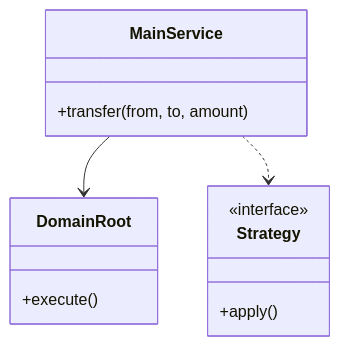
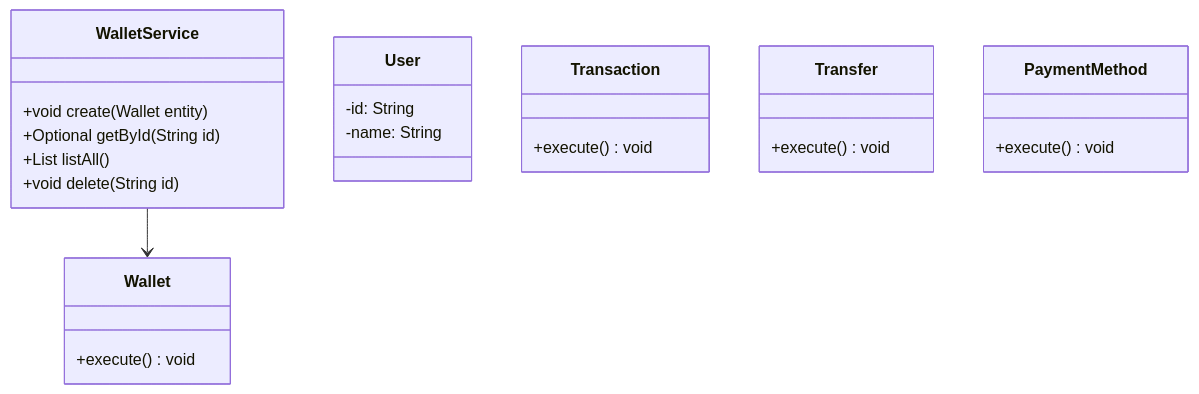
The first of 3 diagrams in Learn/System Design - Low Level Design/02-classic-ood/questions/Q60-digital-wallet.md (madhupaila/Interview-Prep-SSE), drawn with Mermaid before and after one commit. The commit also changed other lines of this file and 491 other files, not shown here.

````diff
--- a/Learn/System Design - Low Level Design/02-classic-ood/questions/Q60-digital-wallet.md
+++ b/Learn/System Design - Low Level Design/02-classic-ood/questions/Q60-digital-wallet.md
@@ -74,15 +92,26 @@
 ```mermaid
 classDiagram
-    class MainService {
-        +transfer(from, to, amount)
+    class WalletService {
+        +void create(Wallet entity)
+        +Optional<Wallet> getById(String id)
+        +List<Wallet> listAll()
+        +void delete(String id)
     }
-    class DomainRoot {
-        +execute()
+    class Wallet {
+        +execute() void
     }
-    class Strategy {
-        <<interface>>
-        +apply()
+    class User {
+        -id: String
+        -name: String
     }
-    MainService --> DomainRoot
-    MainService ..> Strategy
+    class Transaction {
+        +execute() void
+    }
+    class Transfer {
+        +execute() void
+    }
+    class PaymentMethod {
+        +execute() void
+    }
+    WalletService --> Wallet
 ```
````
